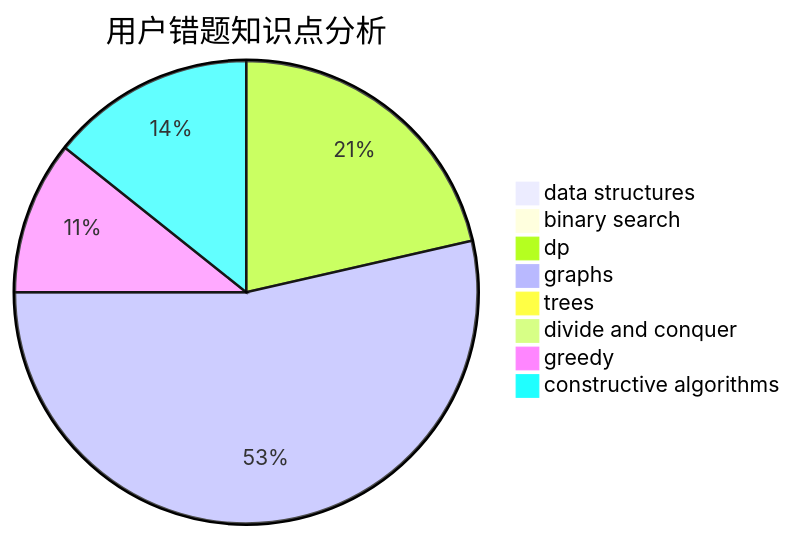
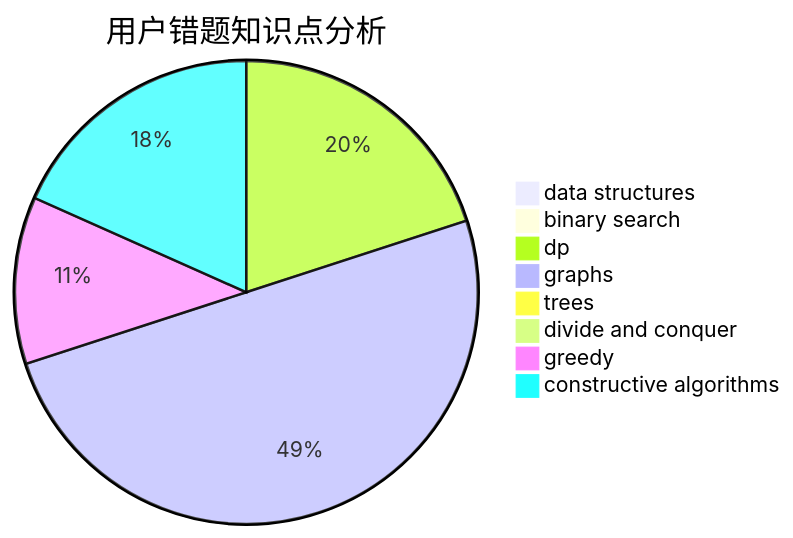
Before and after one commit to sherpahu/cfrs.github.io: the third of 3 diagrams in docs/user/u1161.md, drawn with Mermaid. The commit also changed other lines of this file and 2770 other files, not shown here.

````diff
--- a/docs/user/u1161.md
+++ b/docs/user/u1161.md
@@ -36,11 +36,11 @@
 ```mermaid
 pie title 用户错题知识点分析
     "data structures" :  1
     "binary search" :  1
     "dp" :  24
     "graphs" :  60
     "trees" :  0
     "divide and conquer" :  0
-    "greedy" :  12
-    "constructive algorithms" :  16
+    "greedy" :  14
+    "constructive algorithms" :  22
 ```
````
